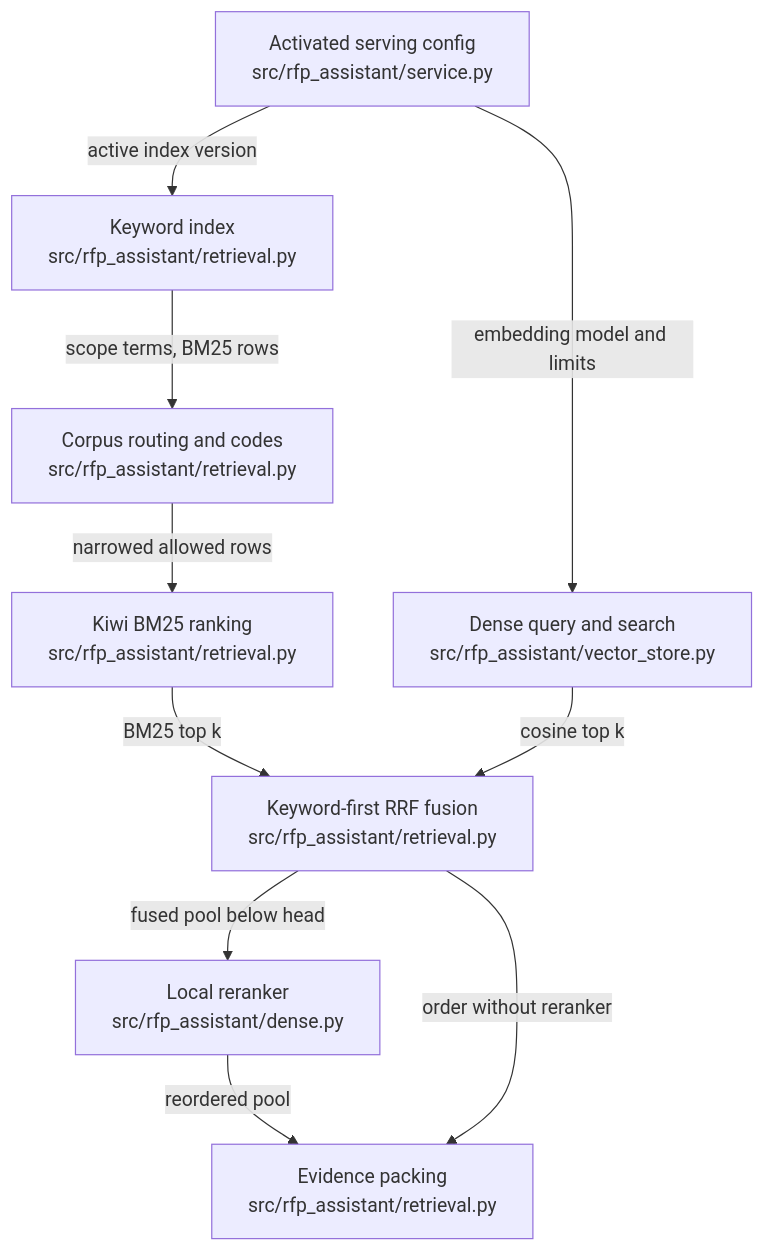
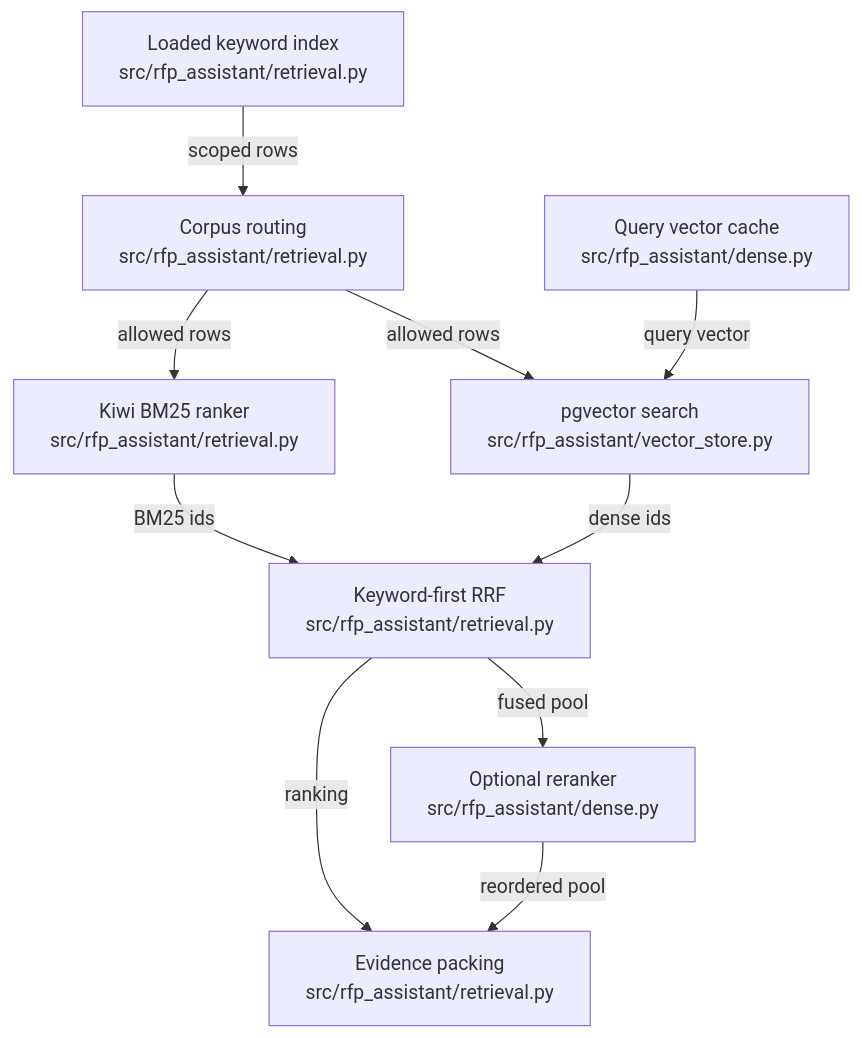
One commit to littleeeeebit/project-codeit-mid changed the diagram in .omm/overall-architecture/retrieval-engine/diagram.mmd. Above: the diagram before and after it, drawn with Mermaid. The commit also changed 538 other files, not shown here.

```diff
--- a/.omm/overall-architecture/retrieval-engine/diagram.mmd
+++ b/.omm/overall-architecture/retrieval-engine/diagram.mmd
@@ -1,18 +1,10 @@
 graph TD
-  serving-config["Activated serving config\nsrc/rfp_assistant/service.py"]
-  keyword-index["Keyword index\nsrc/rfp_assistant/retrieval.py"]
-  corpus-routing["Corpus routing and codes\nsrc/rfp_assistant/retrieval.py"]
-  lexical-ranking["Kiwi BM25 ranking\nsrc/rfp_assistant/retrieval.py"]
-  dense-search["Dense query and search\nsrc/rfp_assistant/vector_store.py"]
-  hybrid-fusion["Keyword-first RRF fusion\nsrc/rfp_assistant/retrieval.py"]
-  reranker["Local reranker\nsrc/rfp_assistant/dense.py"]
-  evidence-packing["Evidence packing\nsrc/rfp_assistant/retrieval.py"]
-  serving-config -->|active index version| keyword-index
-  serving-config -->|embedding model and limits| dense-search
-  keyword-index -->|scope terms, BM25 rows| corpus-routing
-  corpus-routing -->|narrowed allowed rows| lexical-ranking
-  lexical-ranking -->|BM25 top k| hybrid-fusion
-  dense-search -->|cosine top k| hybrid-fusion
-  hybrid-fusion -->|fused pool below head| reranker
-  reranker -->|reordered pool| evidence-packing
-  hybrid-fusion -->|order without reranker| evidence-packing
+  keyword-index["Loaded keyword index\nsrc/rfp_assistant/retrieval.py"] -->|"scoped rows"| corpus-router["Corpus routing\nsrc/rfp_assistant/retrieval.py"]
+  corpus-router -->|"allowed rows"| lexical-ranker["Kiwi BM25 ranker\nsrc/rfp_assistant/retrieval.py"]
+  corpus-router -->|"allowed rows"| dense-search["pgvector search\nsrc/rfp_assistant/vector_store.py"]
+  query-embedding["Query vector cache\nsrc/rfp_assistant/dense.py"] -->|"query vector"| dense-search
+  lexical-ranker -->|"BM25 ids"| rank-fusion["Keyword-first RRF\nsrc/rfp_assistant/retrieval.py"]
+  dense-search -->|"dense ids"| rank-fusion
+  rank-fusion -->|"fused pool"| local-reranker["Optional reranker\nsrc/rfp_assistant/dense.py"]
+  rank-fusion -->|"ranking"| evidence-packer["Evidence packing\nsrc/rfp_assistant/retrieval.py"]
+  local-reranker -->|"reordered pool"| evidence-packer
```
